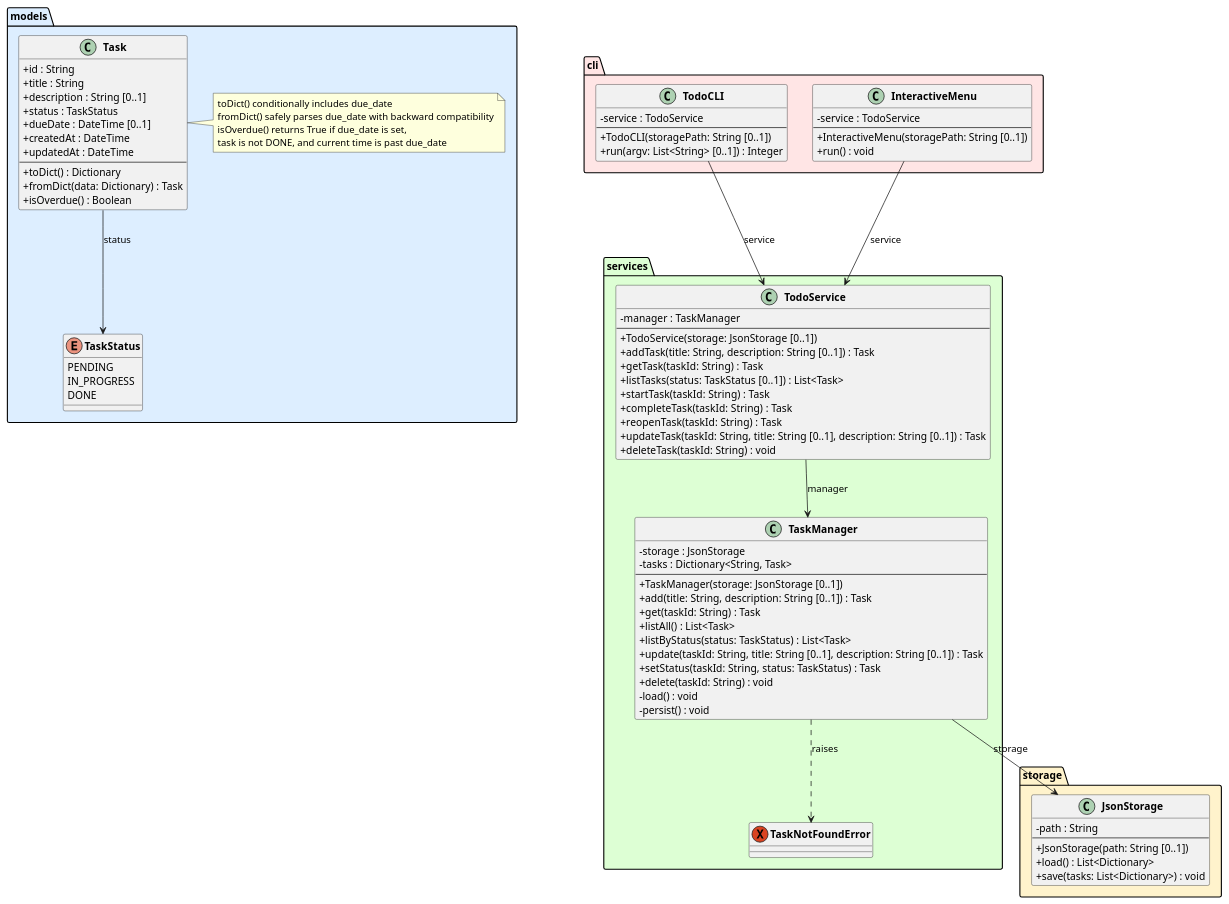
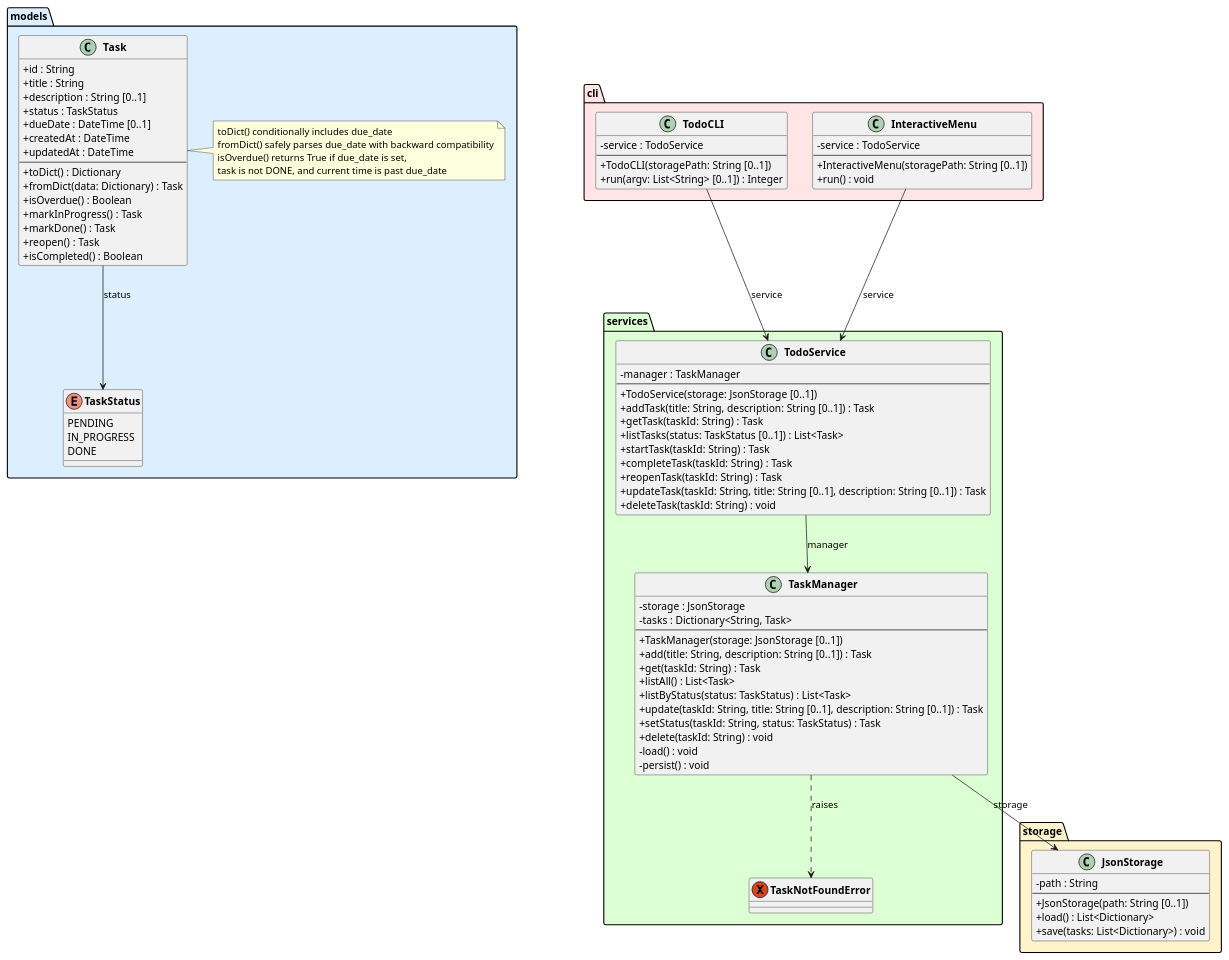
One commit to DanielRiha8906/Software_autoevolution_using_agents changed the diagram in experiments/pipeline/structured_text/TODO/artifacts/class_diagram.puml. Above: the diagram before and after it, drawn with PlantUML. The commit also changed 8 other files, not shown here.

```diff
--- a/experiments/pipeline/structured_text/TODO/artifacts/class_diagram.puml
+++ b/experiments/pipeline/structured_text/TODO/artifacts/class_diagram.puml
@@ -1,101 +1,105 @@
 @startuml class_diagram
 
 skinparam classAttributeIconSize 0
 skinparam classFontStyle bold
 
 package "models" #DDEEFF {
     enum TaskStatus {
         PENDING
         IN_PROGRESS
         DONE
     }
 
     class Task {
         +id : String
         +title : String
         +description : String [0..1]
         +status : TaskStatus
         +dueDate : DateTime [0..1]
         +createdAt : DateTime
         +updatedAt : DateTime
         --
         +toDict() : Dictionary
         +fromDict(data: Dictionary) : Task
         +isOverdue() : Boolean
+        +markInProgress() : Task
+        +markDone() : Task
+        +reopen() : Task
+        +isCompleted() : Boolean
     }
     note right of Task
         toDict() conditionally includes due_date
         fromDict() safely parses due_date with backward compatibility
         isOverdue() returns True if due_date is set,
         task is not DONE, and current time is past due_date
     end note
 }
 
 package "storage" #FFF3CC {
     class JsonStorage {
         -path : String
         --
         +JsonStorage(path: String [0..1])
         +load() : List<Dictionary>
         +save(tasks: List<Dictionary>) : void
     }
 }
 
 package "services" #DDFFD4 {
     exception TaskNotFoundError
 
     class TaskManager {
         -storage : JsonStorage
         -tasks : Dictionary<String, Task>
         --
         +TaskManager(storage: JsonStorage [0..1])
         +add(title: String, description: String [0..1]) : Task
         +get(taskId: String) : Task
         +listAll() : List<Task>
         +listByStatus(status: TaskStatus) : List<Task>
         +update(taskId: String, title: String [0..1], description: String [0..1]) : Task
         +setStatus(taskId: String, status: TaskStatus) : Task
         +delete(taskId: String) : void
         -load() : void
         -persist() : void
     }
 
     class TodoService {
         -manager : TaskManager
         --
         +TodoService(storage: JsonStorage [0..1])
         +addTask(title: String, description: String [0..1]) : Task
         +getTask(taskId: String) : Task
         +listTasks(status: TaskStatus [0..1]) : List<Task>
         +startTask(taskId: String) : Task
         +completeTask(taskId: String) : Task
         +reopenTask(taskId: String) : Task
         +updateTask(taskId: String, title: String [0..1], description: String [0..1]) : Task
         +deleteTask(taskId: String) : void
     }
 }
 
 package "cli" #FFE5E5 {
     class TodoCLI {
         -service : TodoService
         --
         +TodoCLI(storagePath: String [0..1])
         +run(argv: List<String> [0..1]) : Integer
     }
 
     class InteractiveMenu {
         -service : TodoService
         --
         +InteractiveMenu(storagePath: String [0..1])
         +run() : void
     }
 }
 
 Task --> TaskStatus : status
 TaskManager --> JsonStorage : storage
 TaskManager ..> TaskNotFoundError : raises
 TodoService --> TaskManager : manager
 TodoCLI --> TodoService : service
 InteractiveMenu --> TodoService : service
 
 @enduml
```
